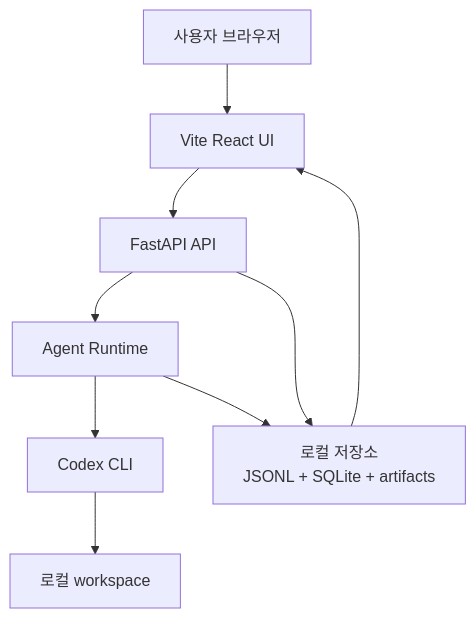
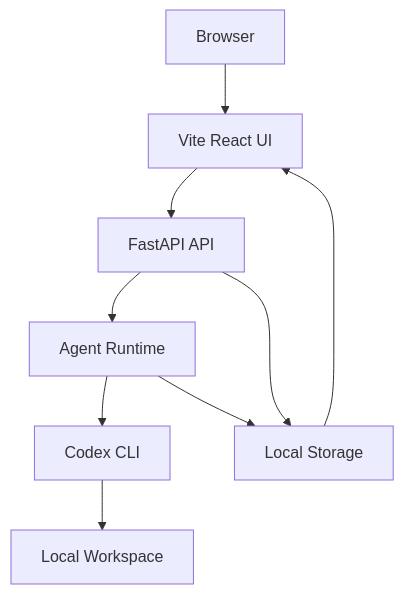
The first of 2 diagrams in README.md (LeeLeeLeeee/personal-agent-gateway), drawn with Mermaid before and after one commit. The commit also changed other lines of this file, not shown here.

````diff
--- a/README.md
+++ b/README.md
@@ -90,19 +52,19 @@
 ```mermaid
 flowchart TD
-    User[사용자 브라우저]
+    User[Browser]
     UI[Vite React UI]
     API[FastAPI API]
     Runtime[Agent Runtime]
     Codex[Codex CLI]
-    Workspace[로컬 workspace]
-    Store[로컬 저장소<br/>JSONL + SQLite + artifacts]
+    Workspace[Local Workspace]
+    Storage[Local Storage]
 
     User --> UI
     UI --> API
     API --> Runtime
     Runtime --> Codex
     Codex --> Workspace
-    Runtime --> Store
-    API --> Store
-    Store --> UI
+    Runtime --> Storage
+    API --> Storage
+    Storage --> UI
 ```
````
